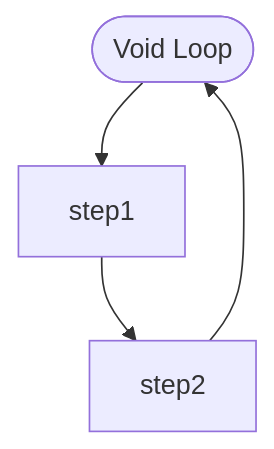
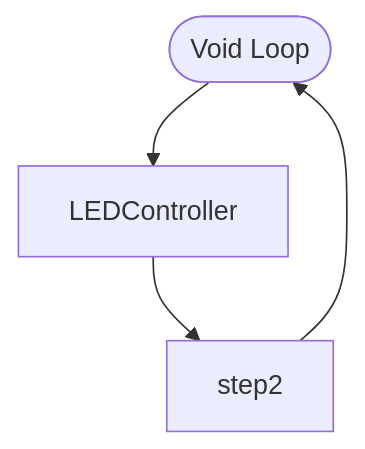
The second of 3 diagrams in Assessments/Assessment_2_Smart_Device_House/Logic.md (TheDjgamerProductions/Robotics2022), drawn with Mermaid before and after one commit. The commit also changed other lines of this file, not shown here.

````diff
--- a/Assessments/Assessment_2_Smart_Device_House/Logic.md
+++ b/Assessments/Assessment_2_Smart_Device_House/Logic.md
@@ -21,7 +21,7 @@
 ```mermaid
   flowchart TD
     terminalStart([Void Loop])
-    step1[step1]
+    step1[LEDController]
     step2[step2]
     terminalStart --> step1 --> step2 --> terminalStart
 ```
````
